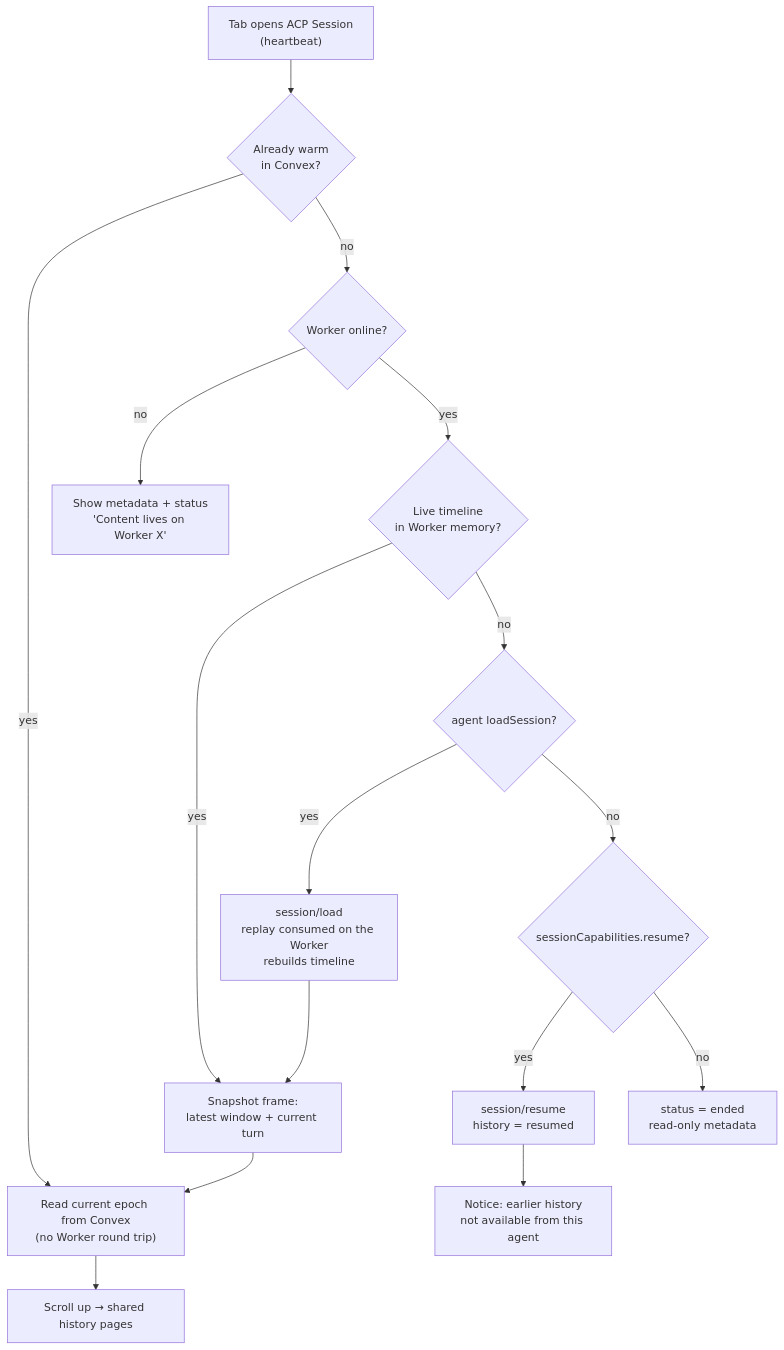
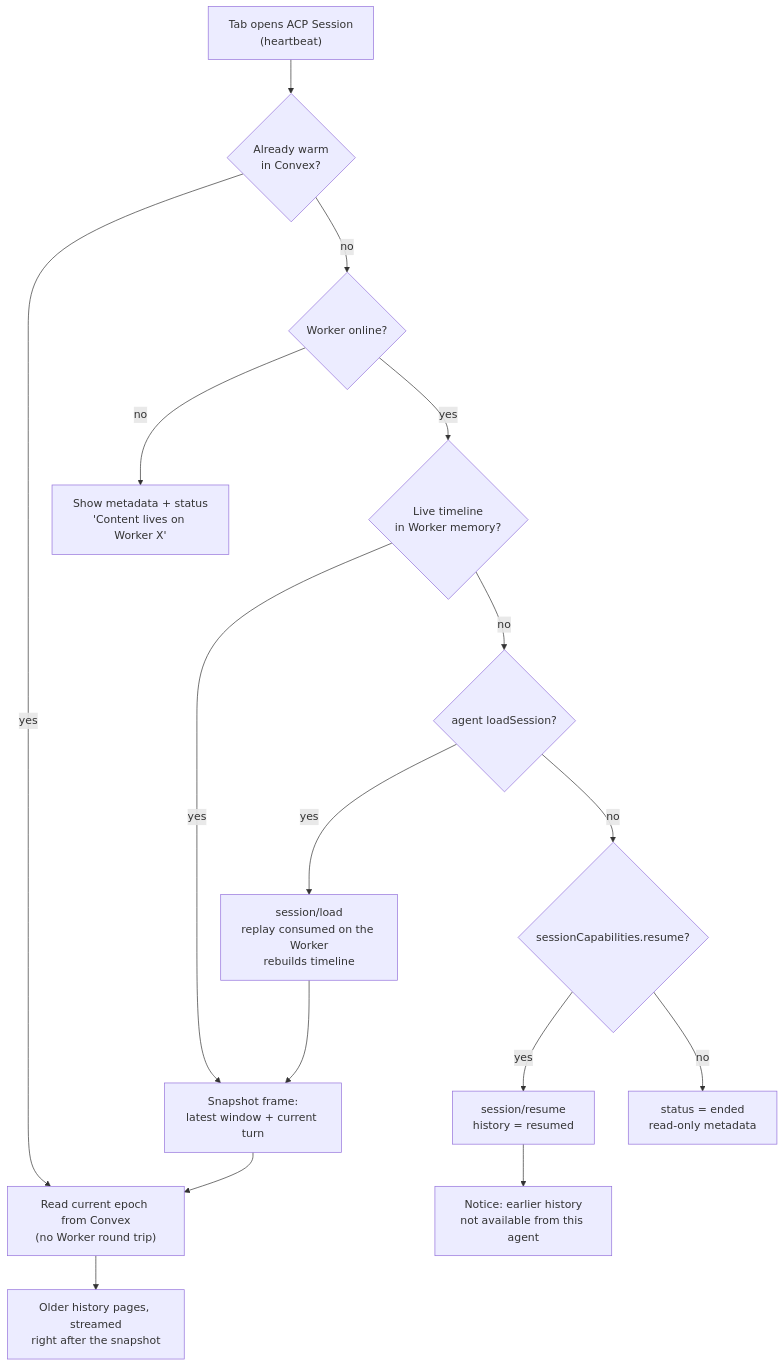
One commit to alkalines/Radium changed the third of 4 diagrams in docs/ACP/Sessions.md. Above: the diagram before and after it, drawn with Mermaid. The commit also changed other lines of this file and 28 other files, not shown here.

````diff
--- a/docs/ACP/Sessions.md
+++ b/docs/ACP/Sessions.md
@@ -160,16 +161,16 @@
 ```mermaid
 flowchart TD
     Open["Tab opens ACP Session<br/>(heartbeat)"] --> Warm{"Already warm<br/>in Convex?"}
     Warm -- yes --> Read["Read current epoch from Convex<br/>(no Worker round trip)"]
     Warm -- no --> Online{"Worker online?"}
     Online -- no --> Offline["Show metadata + status<br/>'Content lives on Worker X'"]
     Online -- yes --> Live{"Live timeline<br/>in Worker memory?"}
     Live -- yes --> Snap["Snapshot frame:<br/>latest window + current turn"]
     Live -- no --> Load{"agent loadSession?"}
     Load -- yes --> DoLoad["session/load<br/>replay consumed on the Worker<br/>rebuilds timeline"] --> Snap
     Load -- no --> Resume{"sessionCapabilities.resume?"}
     Resume -- yes --> DoResume["session/resume<br/>history = resumed"] --> Notice["Notice: earlier history<br/>not available from this agent"]
     Resume -- no --> Ended["status = ended<br/>read-only metadata"]
     Snap --> Read
-    Read --> Older["Scroll up → shared history pages"]
+    Read --> Older["Older history pages, streamed<br/>right after the snapshot"]
 ```
````
